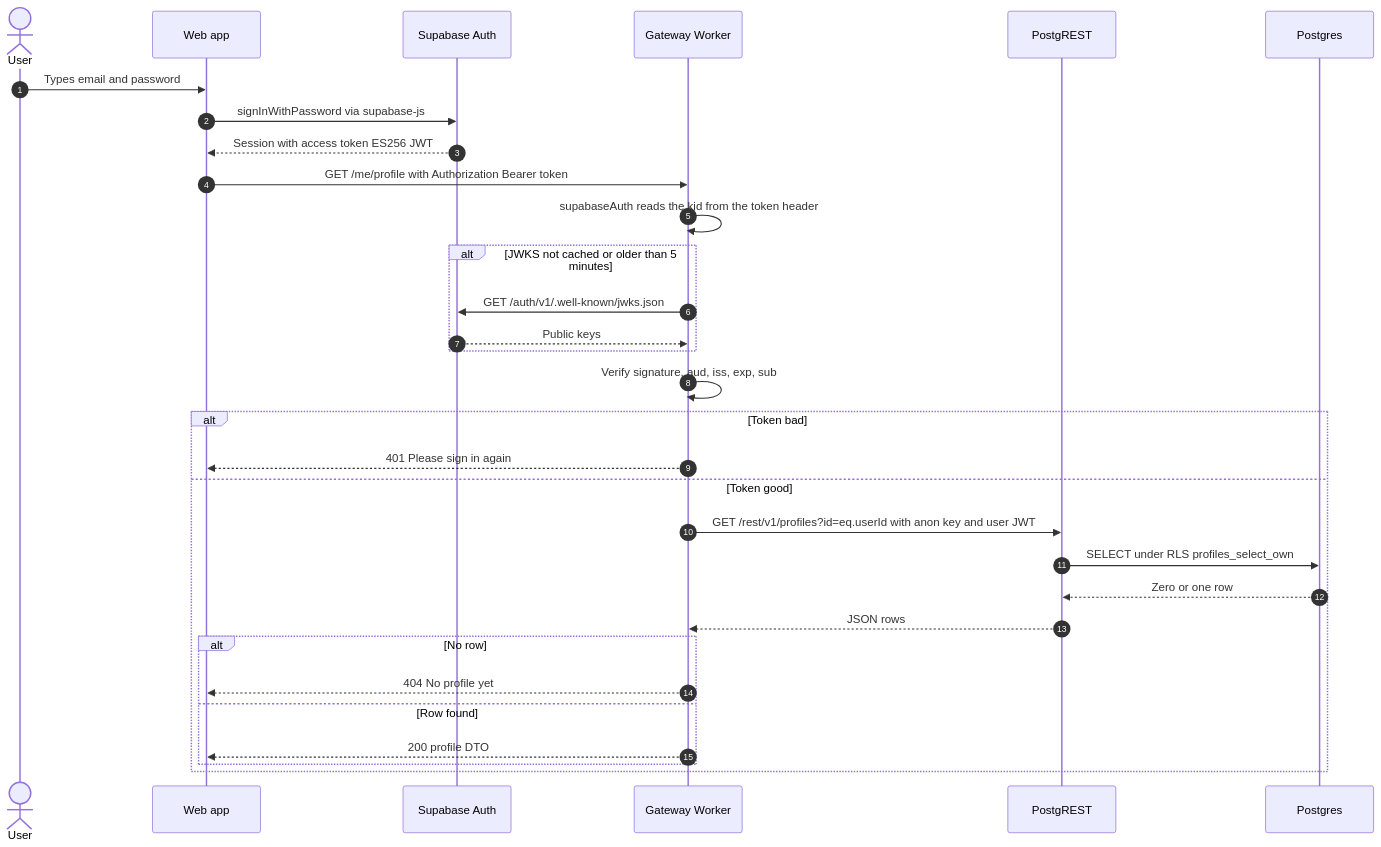
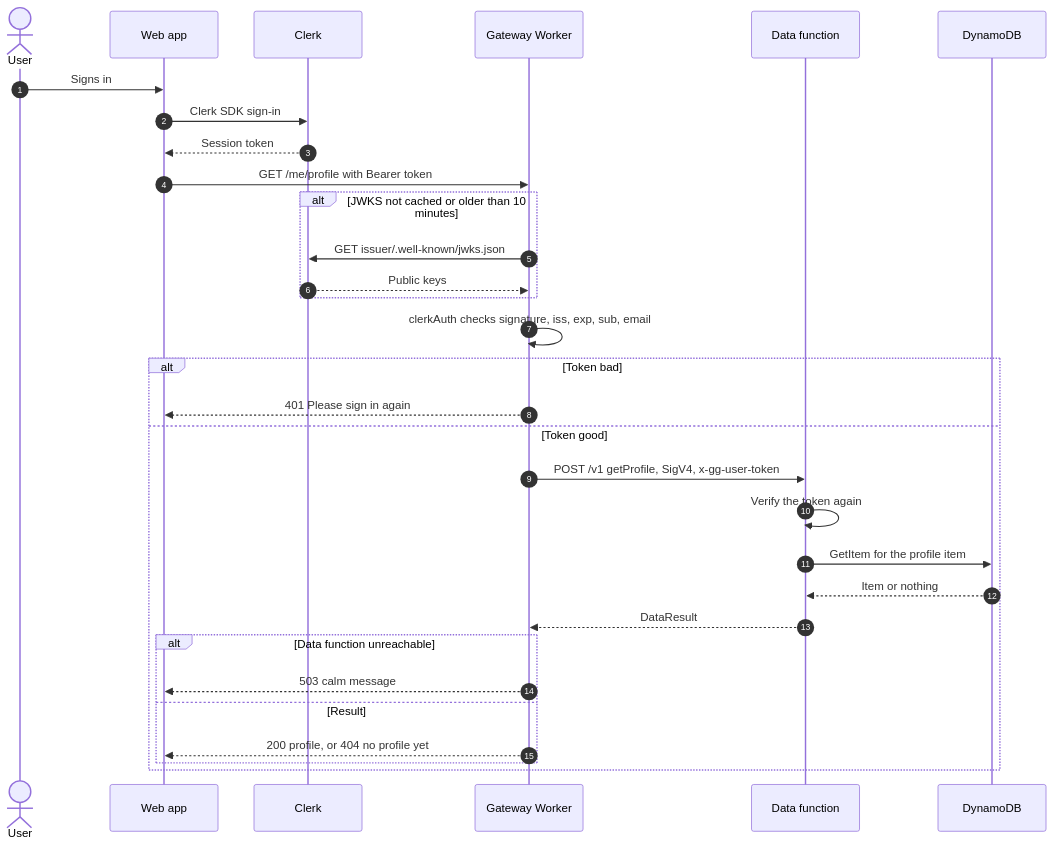
One commit to grieverguidetech/griever-guidance changed the third of 8 diagrams in docs/backend-services.md. Above: the diagram before and after it, drawn with Mermaid. The commit also changed other lines of this file, not shown here.

Commit message:
docs: redraw backend-services diagrams for the AWS backend (#911)

````diff
--- a/docs/backend-services.md
+++ b/docs/backend-services.md
@@ -501,34 +420,34 @@
 ```mermaid
 sequenceDiagram
   autonumber
   actor U as User
   participant W as Web app
-  participant SA as Supabase Auth
+  participant C as Clerk
   participant G as Gateway Worker
-  participant R as PostgREST
-  participant DB as Postgres
+  participant D as Data function
+  participant DB as DynamoDB
 
-  U->>W: Types email and password
-  W->>SA: signInWithPassword via supabase-js
-  SA-->>W: Session with access token ES256 JWT
-  W->>G: GET /me/profile with Authorization Bearer token
-  G->>G: supabaseAuth reads the kid from the token header
-  alt JWKS not cached or older than 5 minutes
-    G->>SA: GET /auth/v1/.well-known/jwks.json
-    SA-->>G: Public keys
+  U->>W: Signs in
+  W->>C: Clerk SDK sign-in
+  C-->>W: Session token
+  W->>G: GET /me/profile with Bearer token
+  alt JWKS not cached or older than 10 minutes
+    G->>C: GET issuer/.well-known/jwks.json
+    C-->>G: Public keys
   end
-  G->>G: Verify signature, aud, iss, exp, sub
+  G->>G: clerkAuth checks signature, iss, exp, sub, email
   alt Token bad
     G-->>W: 401 Please sign in again
   else Token good
-    G->>R: GET /rest/v1/profiles?id=eq.userId with anon key and user JWT
-    R->>DB: SELECT under RLS profiles_select_own
-    DB-->>R: Zero or one row
-    R-->>G: JSON rows
-    alt No row
-      G-->>W: 404 No profile yet
-    else Row found
-      G-->>W: 200 profile DTO
+    G->>D: POST /v1 getProfile, SigV4, x-gg-user-token
+    D->>D: Verify the token again
+    D->>DB: GetItem for the profile item
+    DB-->>D: Item or nothing
+    D-->>G: DataResult
+    alt Data function unreachable
+      G-->>W: 503 calm message
+    else Result
+      G-->>W: 200 profile, or 404 no profile yet
     end
   end
 ```
````
